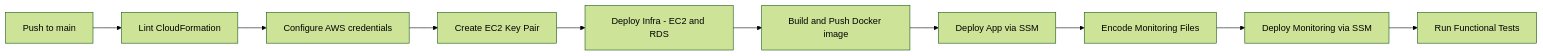
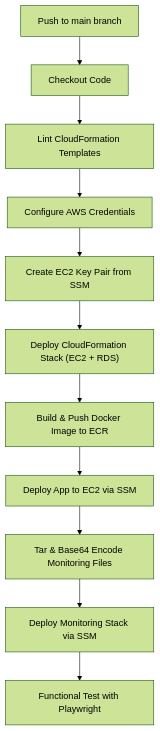
Before and after one commit to aman26ps/php-mysql-app: the second of 2 diagrams in README.md, drawn with Mermaid (forest theme).

Commit message:
cosmetic change

````diff
--- a/README.md
+++ b/README.md
@@ -68,15 +68,25 @@
 ```mermaid
-flowchart LR
-  A["Push to main"]
-  B["Lint CloudFormation"]
-  C["Configure AWS credentials"]
-  D["Create EC2 Key Pair"]
-  E["Deploy Infra - EC2 and RDS"]
-  F["Build and Push Docker image"]
-  G["Deploy App via SSM"]
-  H["Encode Monitoring Files"]
-  I["Deploy Monitoring via SSM"]
-  J["Run Functional Tests"]
+flowchart TD
+  Push["Push to main branch"]
+  Checkout["Checkout Code"]
+  Lint["Lint CloudFormation Templates"]
+  AWS["Configure AWS Credentials"]
+  KeyPair["Create EC2 Key Pair from SSM"]
+  CFN["Deploy CloudFormation Stack (EC2 + RDS)"]
+  DockerBuild["Build & Push Docker Image to ECR"]
+  AppDeploy["Deploy App to EC2 via SSM"]
+  Tar["Tar & Base64 Encode Monitoring Files"]
+  MonitoringDeploy["Deploy Monitoring Stack via SSM"]
+  Test["Functional Test with Playwright"]
 
-  A --> B --> C --> D --> E --> F --> G --> H --> I --> J
-```
+  Push --> Checkout
+  Checkout --> Lint
+  Lint --> AWS
+  AWS --> KeyPair
+  KeyPair --> CFN
+  CFN --> DockerBuild
+  DockerBuild --> AppDeploy
+  AppDeploy --> Tar
+  Tar --> MonitoringDeploy
+  MonitoringDeploy --> Test
+```  
````
